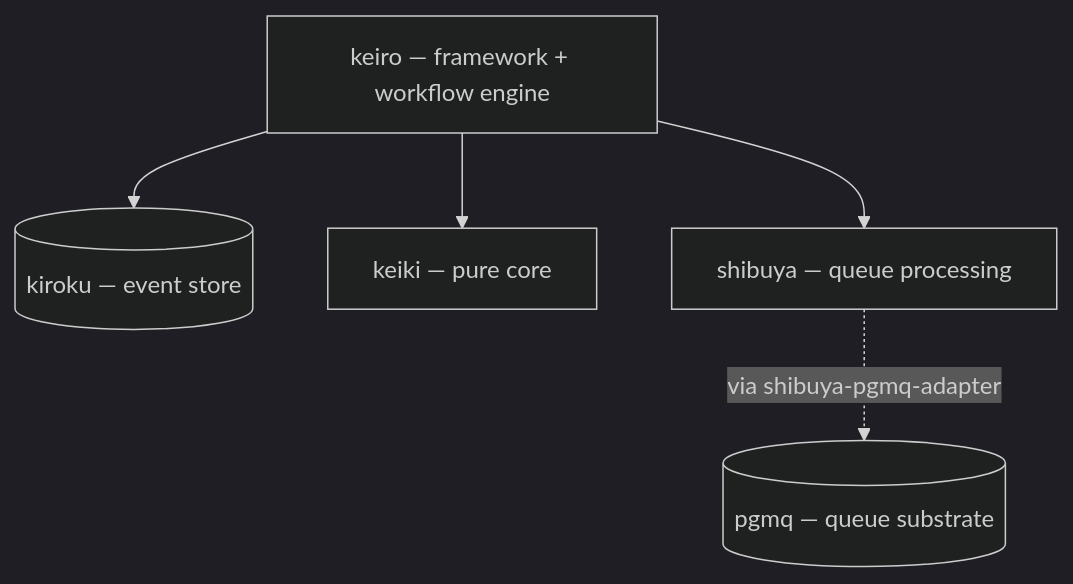
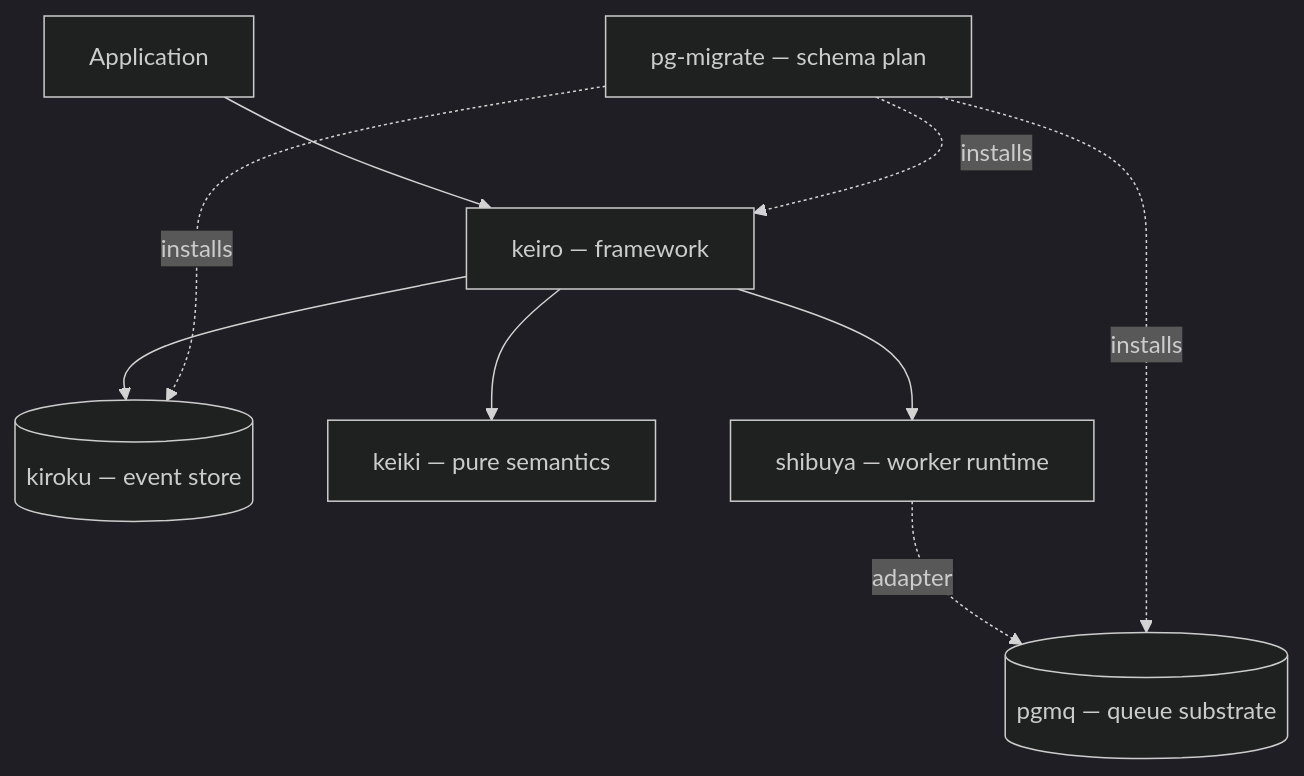
One commit to shinzui/keiro-runtime-docs changed the diagram in content/docs/index.mdx. Above: the diagram before and after it, drawn with Mermaid (dark theme). The commit also changed other lines of this file and 8 other files, not shown here.

````diff
--- a/content/docs/index.mdx
+++ b/content/docs/index.mdx
@@ -44,12 +31,19 @@
 ```mermaid
 flowchart TD
-    keiro[keiro — framework + workflow engine]
-    kiroku[(kiroku — event store)]
-    keiki[keiki — pure core]
-    shibuya[shibuya — queue processing]
-    pgmq[(pgmq — queue substrate)]
-    keiro --> kiroku
-    keiro --> keiki
-    keiro --> shibuya
-    shibuya -. via shibuya-pgmq-adapter .-> pgmq
+  App["Application"]
+  Keiro["keiro — framework"]
+  Kiroku[("kiroku — event store")]
+  Keiki["keiki — pure semantics"]
+  Shibuya["shibuya — worker runtime"]
+  Pgmq[("pgmq — queue substrate")]
+  Migrate["pg-migrate — schema plan"]
+
+  App --> Keiro
+  Keiro --> Kiroku
+  Keiro --> Keiki
+  Keiro --> Shibuya
+  Shibuya -. adapter .-> Pgmq
+  Migrate -. installs .-> Kiroku
+  Migrate -. installs .-> Keiro
+  Migrate -. installs .-> Pgmq
 ```
````
